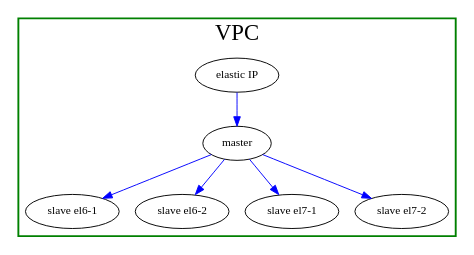
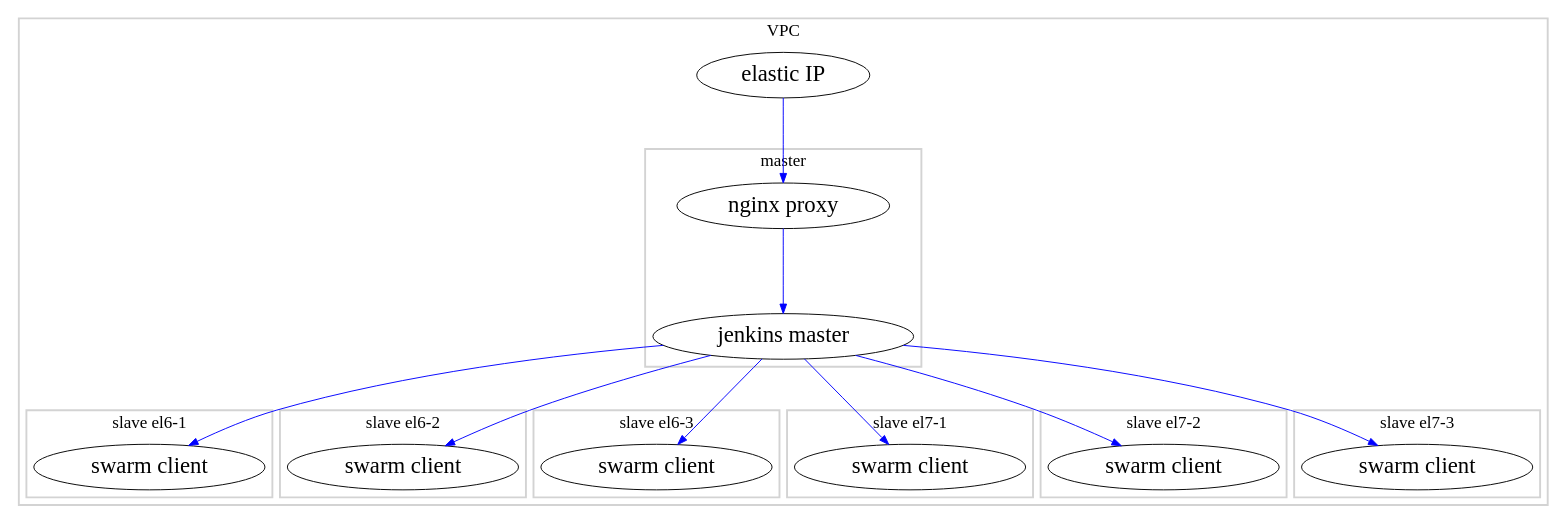
One commit to lsst-sqre/deploy-jenkins changed the diagram in docs/aws_vpc.dot. Above: the diagram before and after it, drawn with Graphviz. The commit also changed 2 other files, not shown here.

Commit message:
update graphviz diagram of architecture

```diff
--- a/docs/aws_vpc.dot
+++ b/docs/aws_vpc.dot
@@ -1,43 +1,75 @@
-digraph overlay_current
-{
+digraph top {
 //  dpi=100
-//  ranksep=1.5
+  ranksep=1.25
   rankdir=TB
   overlap=false
   clusterrank=local
 
   {
-    node [shape=ellipse fontsize=12 style=filled fillcolor=white]
-    master
-    el61 [label="slave el6-1"]
-    el62 [label="slave el6-2"]
-    el71 [label="slave el7-1"]
-    el72 [label="slave el7-2"]
+    node [shape=ellipse fontsize=24 style=filled fillcolor=white]
     eip [label="elastic IP"]
+    nginx [label="nginx proxy"]
+    master [label="jenkins master"]
+    el61 [label="swarm client"]
+    el62 [label="swarm client"]
+    el63 [label="swarm client"]
+    el71 [label="swarm client"]
+    el72 [label="swarm client"]
+    el73 [label="swarm client"]
   }
 
-  color=green
-  fontsize=24
+  color=lightgrey
+  fontsize=18
   style=bold
+
 
   subgraph cluster_0 {
     label="VPC"
 
     eip
-    master
-    el61
-    el62
-    el71
-    el72
 
-    { rank=same el61 el62 el71 el72 }
+    subgraph cluster_1 {
+      label="master"
+      nginx
+      master
+    }
+
+    subgraph cluster_2 {
+      label="slave el6-1"
+
+      el61
+    }
+    subgraph cluster_3 {
+      label="slave el6-2"
+      el62
+    }
+    subgraph cluster_4 {
+      label="slave el6-3"
+      el63
+    }
+
+    subgraph cluster_5 {
+      label="slave el7-1"
+      el71
+    }
+    subgraph cluster_6 {
+      label="slave el7-2"
+      el72
+    }
+    subgraph cluster_7 {
+      label="slave el7-3"
+      el73
+    }
   }
 
   edge [color=blue]
 
-  eip -> master
+  eip -> nginx
+  nginx -> master
   master -> el61
   master -> el62
+  master -> el63
   master -> el71
   master -> el72
+  master -> el73
 }
```
